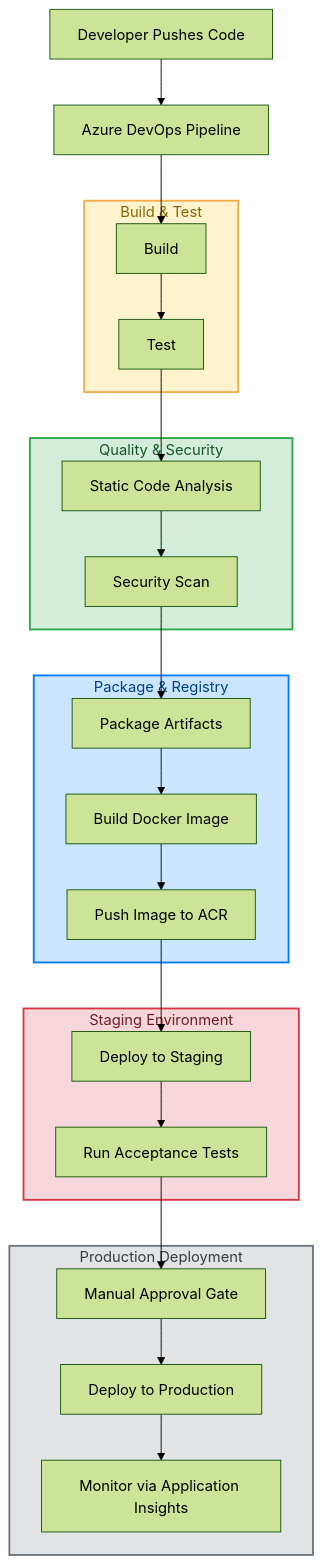
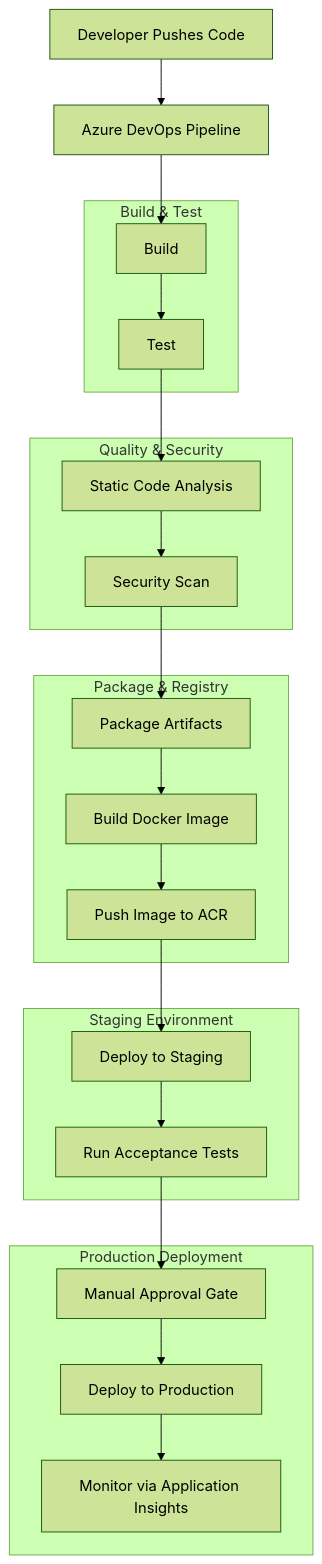
The fourth of 5 diagrams in docs/sec_cloud/jakarta-ee-azure.md (cassmastern/lers-sandbox), drawn with Mermaid (forest theme) before and after one commit. The commit also changed other lines of this file and 16 other files, not shown here.

Commit message:
add local copy of mermaid.min.js; accTitle and accDescr now working without JS injector

````diff
--- a/docs/sec_cloud/jakarta-ee-azure.md
+++ b/docs/sec_cloud/jakarta-ee-azure.md
@@ -164,58 +149,49 @@
 ```mermaid
 graph TD
+    accTitle: CI/CD pipeline flowchart showing 5 phases
+    accDescr: CI/CD pipeline flowchart showing 5 phases: Development (Code, Commit & Push), Continuous Integration (Build/Test/Scan, Create Artifact, Push to ACR), Staging & Testing (Deploy to Staging, User Acceptance Testing, Approval), Continuous Deployment (Deploy to Production, Monitoring & Feedback). Process flows linearly from development through testing to production deployment with feedback loop.
+
     A["Developer Pushes Code"]
     B["Azure DevOps Pipeline"]
   
     subgraph BuildTest ["Build & Test"]
         C1["Build"]
         C2["Test"]
     end
   
     subgraph QualitySec ["Quality & Security"]
         D1["Static Code Analysis"]
         D2["Security Scan"]
     end
   
     subgraph PackageReg ["Package & Registry"]
         E["Package Artifacts"]
         F1["Build Docker Image"]
         F2["Push Image to ACR"]
     end
   
     subgraph StagingEnv ["Staging Environment"]
         G["Deploy to Staging"]
         H["Run Acceptance Tests"]
     end
   
     subgraph ProdDeploy ["Production Deployment"]
         I["Manual Approval Gate"]
         J["Deploy to Production"]
         K["Monitor via Application Insights"]
     end
 
     A --> B
     B --> C1
     C1 --> C2
     C2 --> D1
     D1 --> D2
     D2 --> E
     E --> F1
     F1 --> F2
     F2 --> G
     G --> H
     H --> I
     I --> J
     J --> K
-  
-    classDef buildStyle fill:#fff3cd,stroke:#f0ad4e,stroke-width:2px,color:#856404
-    classDef qualityStyle fill:#d4edda,stroke:#28a745,stroke-width:2px,color:#155724
-    classDef packageStyle fill:#cce5ff,stroke:#007bff,stroke-width:2px,color:#004085
-    classDef stagingStyle fill:#f8d7da,stroke:#dc3545,stroke-width:2px,color:#721c24
-    classDef prodStyle fill:#e2e3e5,stroke:#6c757d,stroke-width:2px,color:#383d41
-  
-    class BuildTest buildStyle
-    class QualitySec qualityStyle
-    class PackageReg packageStyle
-    class StagingEnv stagingStyle
-    class ProdDeploy prodStyle
 ```
````
